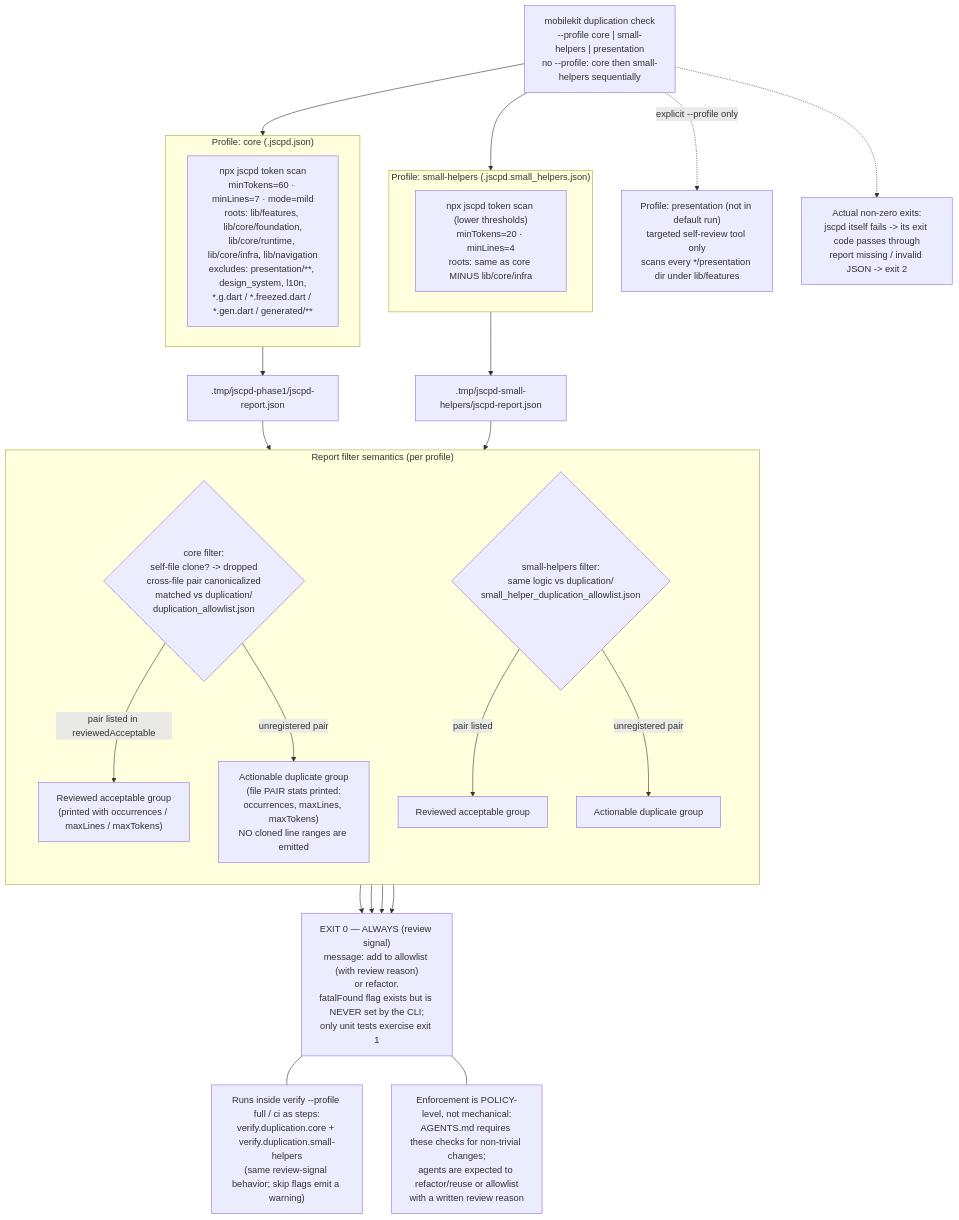
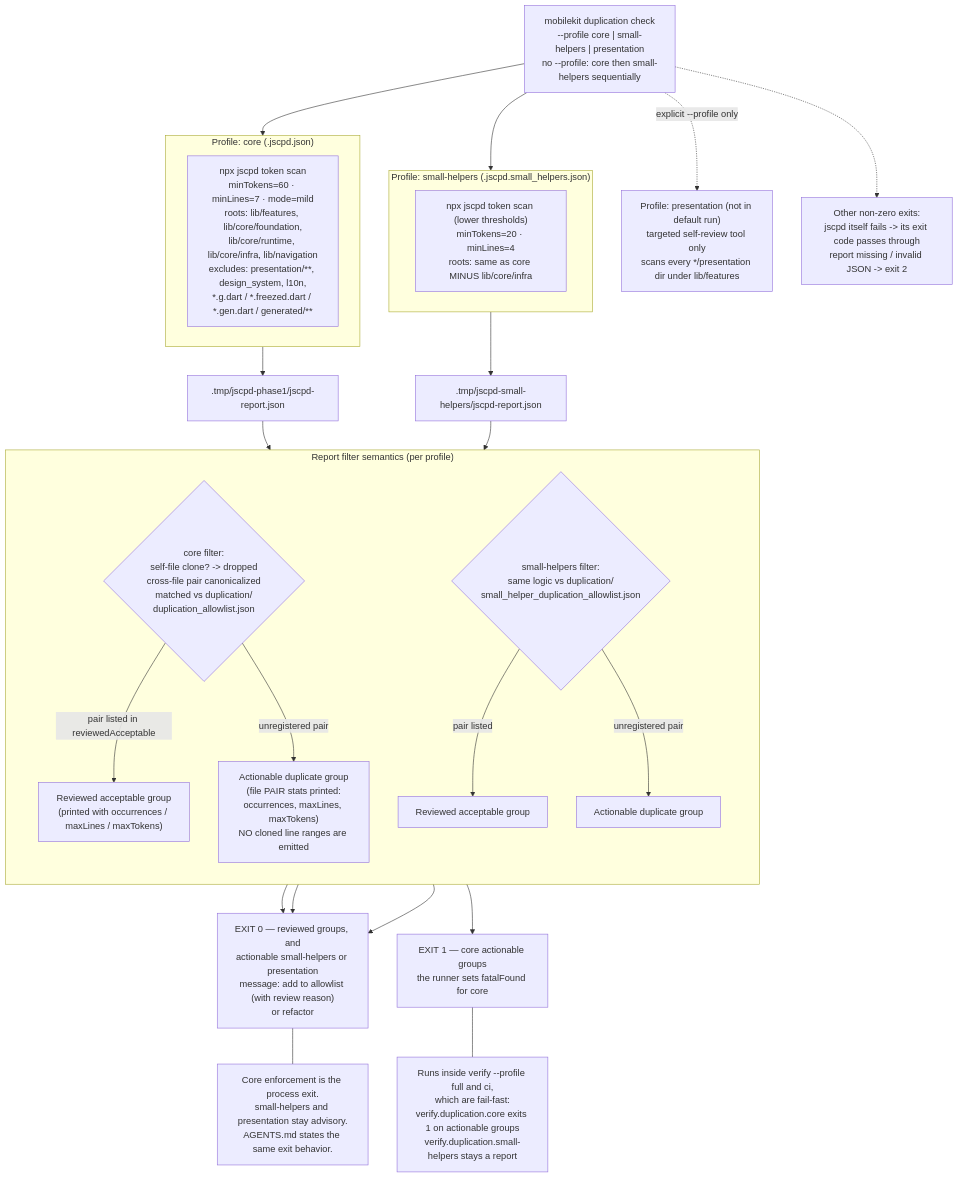
Before and after one commit to fikrilal/mobile-core-kit: the first of 2 diagrams in docs/engineering/harness/duplication_sensor_flowchart.md, drawn with Mermaid. The commit also changed other lines of this file and 6 other files, not shown here.

````diff
--- a/docs/engineering/harness/duplication_sensor_flowchart.md
+++ b/docs/engineering/harness/duplication_sensor_flowchart.md
@@ -13,52 +13,53 @@
 ```mermaid
 flowchart TB
     Cmd["mobilekit duplication check<br/>--profile core | small-helpers | presentation<br/>no --profile: core then small-helpers sequentially"]
 
     subgraph CoreLane["Profile: core (.jscpd.json)"]
         CScan["npx jscpd token scan<br/>minTokens=60 · minLines=7 · mode=mild<br/>roots: lib/features, lib/core/foundation,<br/>lib/core/runtime, lib/core/infra, lib/navigation<br/>excludes: presentation/**, design_system, l10n,<br/>*.g.dart / *.freezed.dart / *.gen.dart / generated/**"]
     end
 
     subgraph HelperLane["Profile: small-helpers (.jscpd.small_helpers.json)"]
         HScan["npx jscpd token scan (lower thresholds)<br/>minTokens=20 · minLines=4<br/>roots: same as core MINUS lib/core/infra"]
     end
 
     P3["Profile: presentation (not in default run)<br/>targeted self-review tool only<br/>scans every */presentation dir under lib/features"]
 
     CReport[".tmp/jscpd-phase1/jscpd-report.json"]
     HReport[".tmp/jscpd-small-helpers/jscpd-report.json"]
 
     Cmd --> CoreLane --> CReport
     Cmd --> HelperLane --> HReport
     Cmd -.->|"explicit --profile only"| P3
 
     CReport --> FCore
     HReport --> FHelper
 
     subgraph Filtering["Report filter semantics (per profile)"]
         direction TB
         FCore{"core filter:<br/>self-file clone? -> dropped<br/>cross-file pair canonicalized<br/>matched vs duplication/<br/>duplication_allowlist.json"}
         FHelper{"small-helpers filter:<br/>same logic vs duplication/<br/>small_helper_duplication_allowlist.json"}
 
         FCore -->|"pair listed in reviewedAcceptable"| R1["Reviewed acceptable group<br/>(printed with occurrences / maxLines / maxTokens)"]
         FHelper -->|"pair listed"| R2["Reviewed acceptable group"]
         FCore -->|"unregistered pair"| A1["Actionable duplicate group<br/>(file PAIR stats printed:<br/>occurrences, maxLines, maxTokens)<br/>NO cloned line ranges are emitted"]
         FHelper -->|"unregistered pair"| A2["Actionable duplicate group"]
     end
 
-    Exit0["EXIT 0 — ALWAYS (review signal)<br/>message: add to allowlist (with review reason)<br/>or refactor.<br/>fatalFound flag exists but is NEVER set by the CLI;<br/>only unit tests exercise exit 1"]
+    ExitCore["EXIT 1 — core actionable groups<br/>the runner sets fatalFound for core"]
+    ExitAdvisory["EXIT 0 — reviewed groups, and<br/>actionable small-helpers or presentation<br/>message: add to allowlist (with review reason)<br/>or refactor"]
 
-    FailPaths["Actual non-zero exits:<br/>jscpd itself fails -> its exit code passes through<br/>report missing / invalid JSON -> exit 2"]
+    FailPaths["Other non-zero exits:<br/>jscpd itself fails -> its exit code passes through<br/>report missing / invalid JSON -> exit 2"]
 
-    R1 --> Exit0
-    R2 --> Exit0
-    A1 --> Exit0
-    A2 --> Exit0
+    R1 --> ExitAdvisory
+    R2 --> ExitAdvisory
+    A1 --> ExitCore
+    A2 --> ExitAdvisory
     Cmd -.-> FailPaths
 
-    VerifyWiring["Runs inside verify --profile full / ci as steps:<br/>verify.duplication.core + verify.duplication.small-helpers<br/>(same review-signal behavior; skip flags emit a warning)"]
+    VerifyWiring["Runs inside verify --profile full and ci,<br/>which are fail-fast:<br/>verify.duplication.core exits 1 on actionable groups<br/>verify.duplication.small-helpers stays a report"]
 
-    Policy["Enforcement is POLICY-level, not mechanical:<br/>AGENTS.md requires these checks for non-trivial changes;<br/>agents are expected to refactor/reuse or allowlist<br/>with a written review reason"]
+    Policy["Core enforcement is the process exit.<br/>small-helpers and presentation stay advisory.<br/>AGENTS.md states the same exit behavior."]
 
-    Exit0 --- VerifyWiring
-    Exit0 --- Policy
+    ExitCore --- VerifyWiring
+    ExitAdvisory --- Policy
 ```
````
